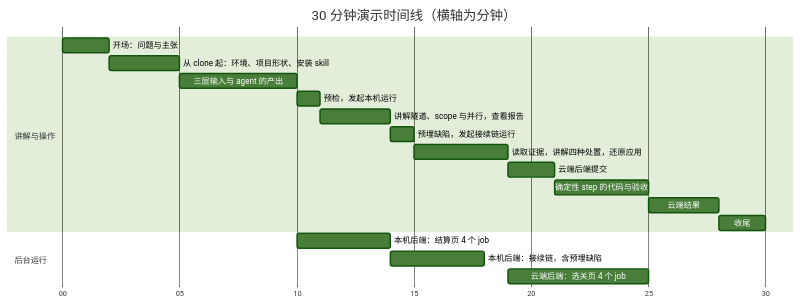
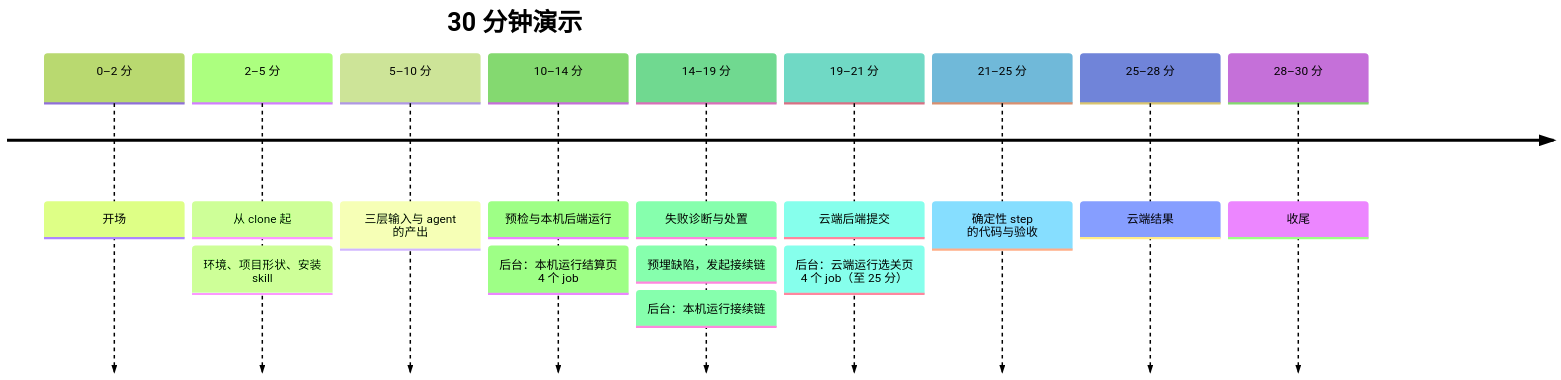
Before and after one commit to zhiyanliu/gherkai-webapp-demo: the first of 3 diagrams in docs/demo-runbook.md, drawn with Mermaid (forest theme). The commit also changed other lines of this file, not shown here.

Commit message:
runbook：30 分钟时间安排改用 mermaid timeline 图（9 个时段横排，每段下列内容，后台运行以「后台：」开头），取代原甘特图；时段与「时间线」各小节一一对应，删去与小节标题重复的时间表

````diff
--- a/docs/demo-runbook.md
+++ b/docs/demo-runbook.md
@@ -7,23 +7,13 @@
 ```mermaid
-gantt
-    title 30 分钟演示时间线（横轴为分钟）
-    dateFormat HH:mm
-    axisFormat %M
-    todayMarker off
-    section 讲解与操作
-    开场：问题与主张                     :a1, 00:00, 00:02
-    从 clone 起：环境、项目形状、安装 skill :a2, 00:02, 00:05
-    三层输入与 agent 的产出               :a3, 00:05, 00:10
-    预检，发起本机运行                   :a4, 00:10, 00:11
-    讲解隧道、scope 与并行，查看报告      :a5, 00:11, 00:14
-    预埋缺陷，发起接续链运行              :a6, 00:14, 00:15
-    读取证据，讲解四种处置，还原应用      :a7, 00:15, 00:19
-    云端后端提交                        :a8, 00:19, 00:21
-    确定性 step 的代码与验收              :a9, 00:21, 00:25
-    云端结果                            :a10, 00:25, 00:28
-    收尾                                :a11, 00:28, 00:30
-    section 后台运行
-    本机后端：结算页 4 个 job             :b1, 00:10, 00:14
-    本机后端：接续链，含预埋缺陷          :b2, 00:14, 00:18
-    云端后端：选关页 4 个 job             :b3, 00:19, 00:25
+timeline
+    title 30 分钟演示
+    0–2 分 : 开场
+    2–5 分 : 从 clone 起 : 环境、项目形状、安装 skill
+    5–10 分 : 三层输入与 agent 的产出
+    10–14 分 : 预检与本机后端运行 : 后台：本机运行结算页 4 个 job
+    14–19 分 : 失败诊断与处置 : 预埋缺陷，发起接续链 : 后台：本机运行接续链
+    19–21 分 : 云端后端提交 : 后台：云端运行选关页 4 个 job（至 25 分）
+    21–25 分 : 确定性 step 的代码与验收
+    25–28 分 : 云端结果
+    28–30 分 : 收尾
 ```
````
